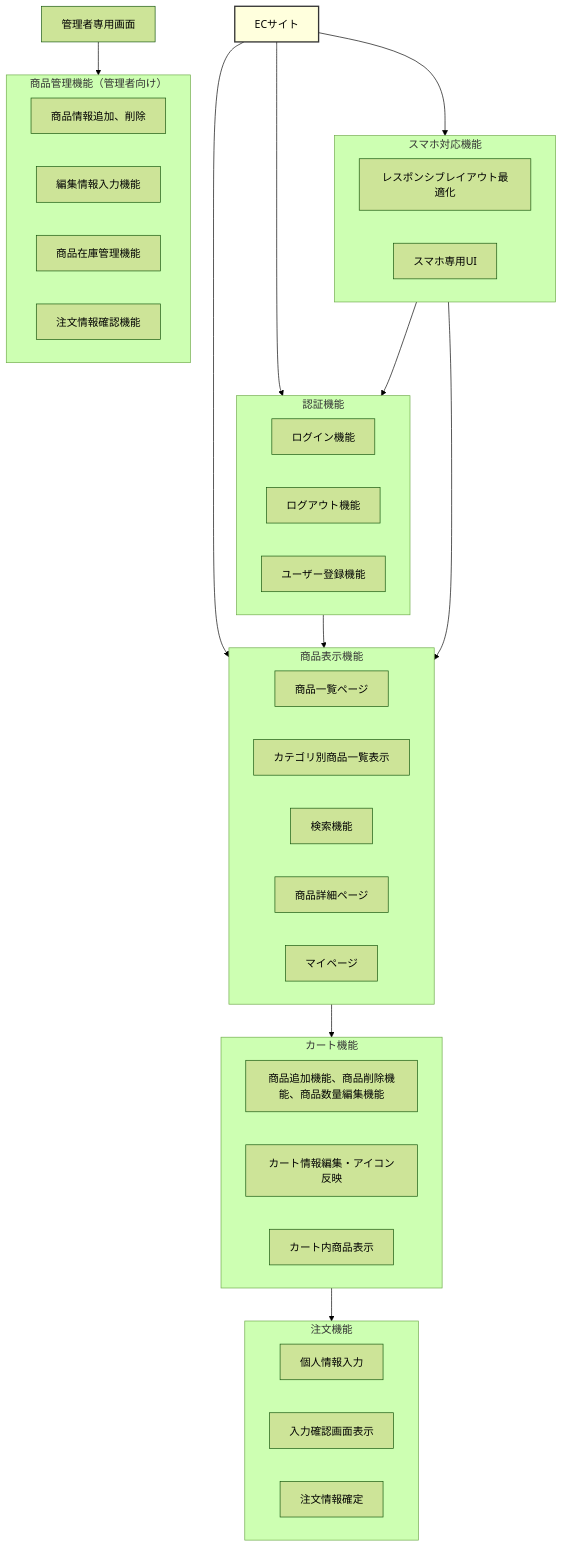
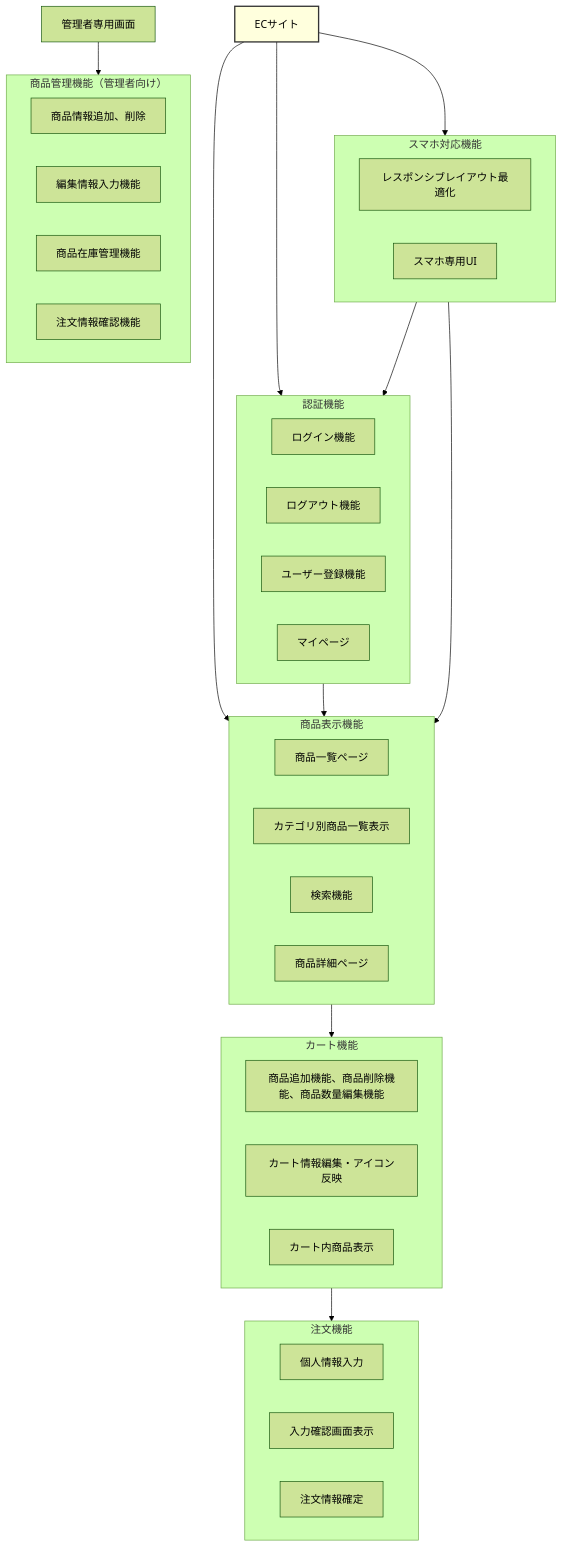
One commit to YUKlT0/Equipe changed the first of 3 diagrams in 基本設計/B.md. Above: the diagram before and after it, drawn with Mermaid (forest theme). The commit also changed other lines of this file, not shown here.

```diff
--- a/基本設計/B.md
+++ b/基本設計/B.md
@@ -30,58 +30,58 @@
 <div class="mermaid">
 graph TD
     A[ECサイト] --> B(認証機能)
     A --> C(商品表示機能)
     A --> F(スマホ対応機能)
     
 
     subgraph B[認証機能]
         B1[ログイン機能]
         B2[ログアウト機能]
         B3[ユーザー登録機能]
+        B4[マイページ]
      end
 
     subgraph C[商品表示機能]
         C2[商品一覧ページ]
         C3[カテゴリ別商品一覧表示]
         C4[検索機能]
         C5[商品詳細ページ]
-        C6[マイページ]
     end
 
     subgraph D[カート機能]
         D1[商品追加機能、商品削除機能、商品数量編集機能]
         D2[カート情報編集・アイコン反映]
         D3[カート内商品表示]
     end
 
     subgraph E[注文機能]
         E1[個人情報入力]
         E2[入力確認画面表示]
         E3[注文情報確定]
     end
 
     subgraph F[スマホ対応機能]
         F1[レスポンシブレイアウト最適化]
         F2[スマホ専用UI]
     end
 
      %% 管理者機能を明示的に右下へ分離
     Z[管理者専用画面] --> G
 
     subgraph G[商品管理機能（管理者向け）]
         G1[商品情報追加、削除]
         G2[編集情報入力機能]
         G3[商品在庫管理機能]
         G4[注文情報確認機能]
 
     end
 
     B --> C
     C --> D
     D --> E
     F --> B
     F --> C
     
 
     style A fill:#ffd,stroke:#333,stroke-width:2px
 </div>
```
